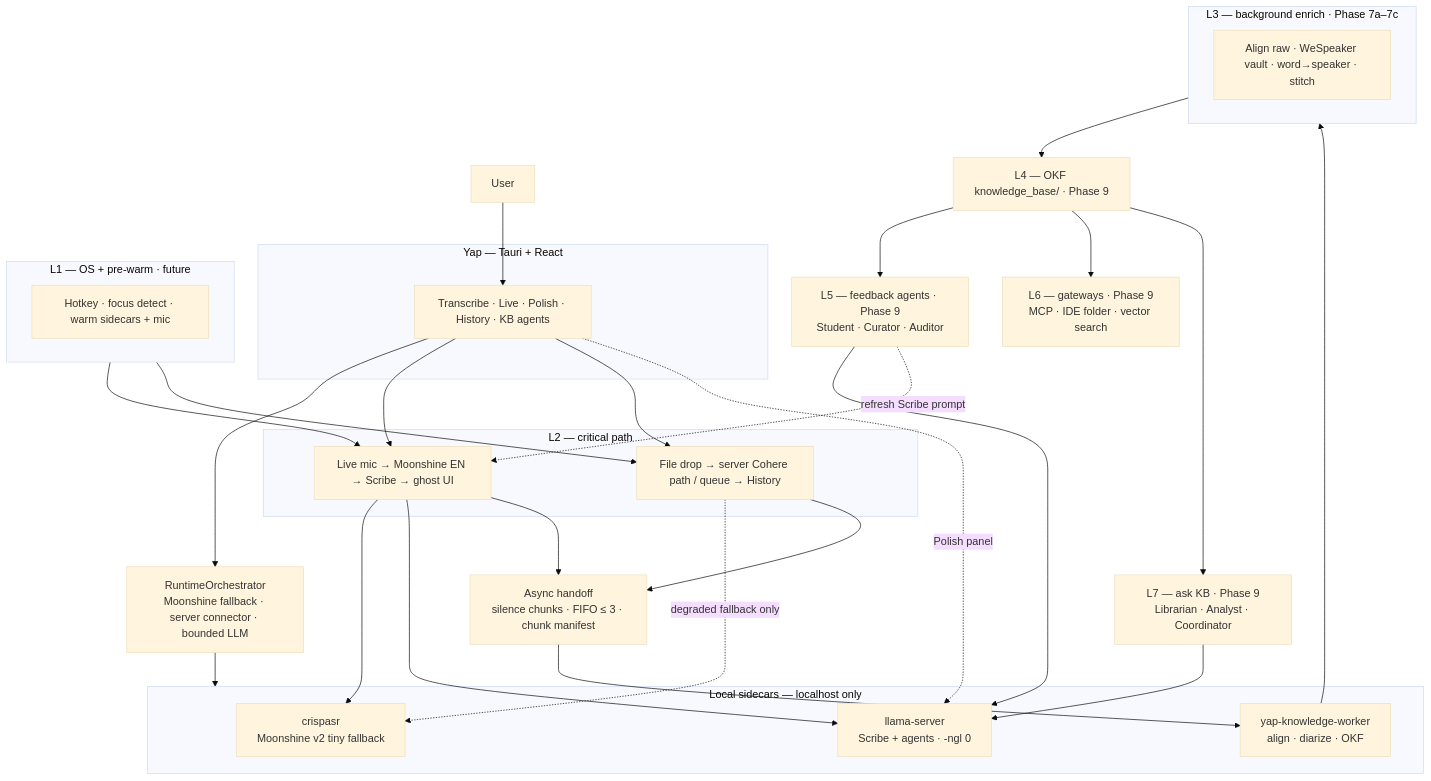
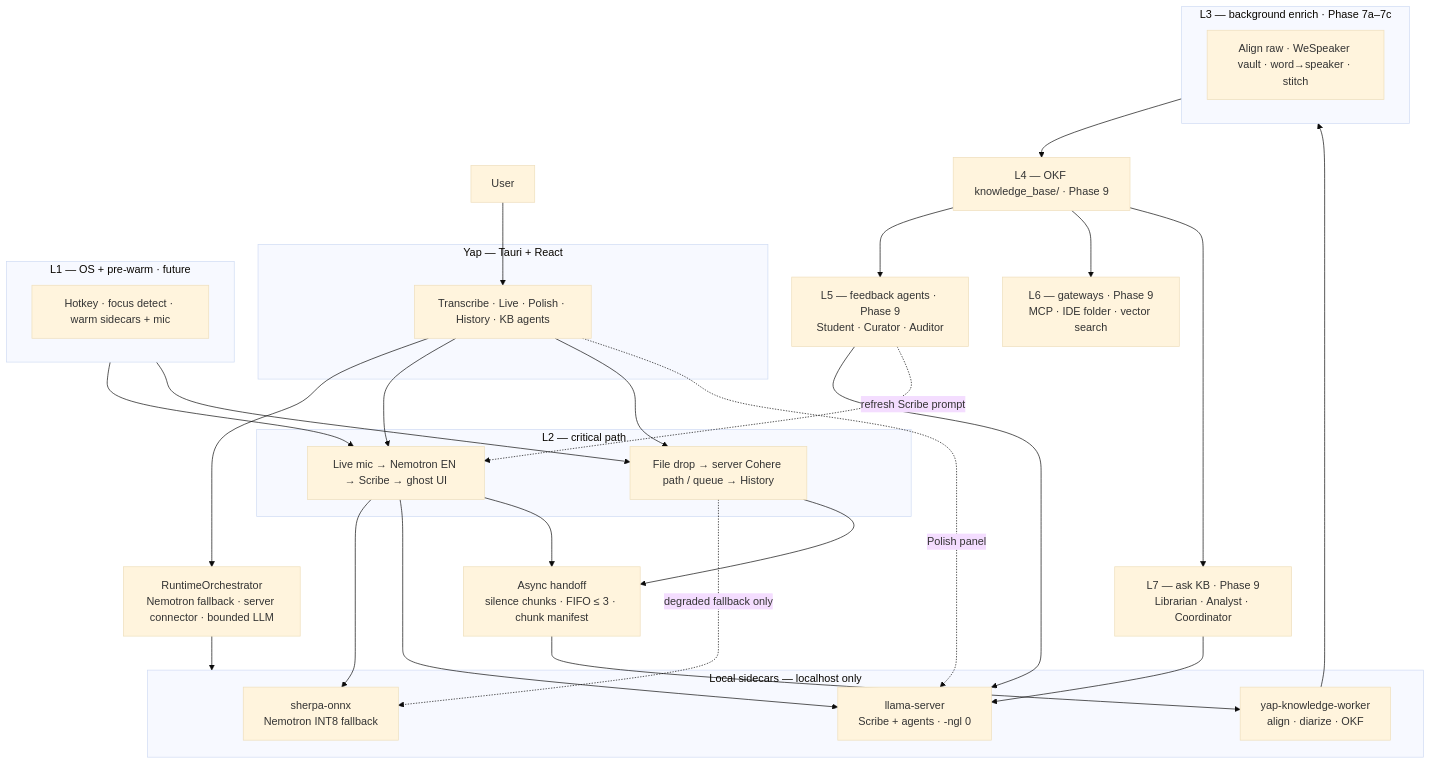
Before and after one commit to mcnatg1/yap: the first of 4 diagrams in docs/VOICE-OS-ARCHITECTURE.md, drawn with Mermaid (base theme). The commit also changed other lines of this file and 93 other files, not shown here.

Commit message:
feat: pivot local fallback to Nemotron

````diff
--- a/docs/VOICE-OS-ARCHITECTURE.md
+++ b/docs/VOICE-OS-ARCHITECTURE.md
@@ -107,53 +109,53 @@
 ```mermaid
 flowchart TB
     User["User"]
 
     subgraph Yap["Yap — Tauri + React"]
         UI["Transcribe · Live · Polish · History · KB agents"]
     end
 
-    Orch["RuntimeOrchestrator<br/>Moonshine fallback · server connector · bounded LLM"]
+    Orch["RuntimeOrchestrator<br/>Nemotron fallback · server connector · bounded LLM"]
 
     subgraph Sidecars["Local sidecars — localhost only"]
-        CR["crispasr<br/>Moonshine v2 tiny fallback"]
+        CR["sherpa-onnx<br/>Nemotron INT8 fallback"]
         LL["llama-server<br/>Scribe + agents · -ngl 0"]
         KW["yap-knowledge-worker<br/>align · diarize · OKF"]
     end
 
     subgraph L1["L1 — OS + pre-warm · future"]
         L1n["Hotkey · focus detect · warm sidecars + mic"]
     end
 
     subgraph L2["L2 — critical path"]
-        Live["Live mic → Moonshine EN → Scribe → ghost UI"]
+        Live["Live mic → Nemotron EN → Scribe → ghost UI"]
         Batch["File drop → server Cohere path / queue → History"]
     end
 
     Handoff["Async handoff<br/>silence chunks · FIFO ≤ 3 · chunk manifest"]
 
     subgraph L3["L3 — background enrich · Phase 7a–7c"]
         L3n["Align raw · WeSpeaker vault · word→speaker · stitch"]
     end
 
     L4["L4 — OKF knowledge_base/ · Phase 9"]
     L5["L5 — feedback agents · Phase 9<br/>Student · Curator · Auditor"]
     L6["L6 — gateways · Phase 9<br/>MCP · IDE folder · vector search"]
     L7["L7 — ask KB · Phase 9<br/>Librarian · Analyst · Coordinator"]
 
     User --> UI --> Orch
     Orch --> Sidecars
     L1 --> Live
     L1 --> Batch
     UI --> Live
     UI --> Batch
     Live --> CR & LL
     Batch -.->|degraded fallback only| CR
     UI -.->|Polish panel| LL
     Live --> Handoff
     Batch --> Handoff
     Handoff --> KW --> L3 --> L4
     L4 --> L5 & L6 & L7
     L5 --> LL
     L7 --> LL
     L5 -.->|refresh Scribe prompt| Live
 ```
````
